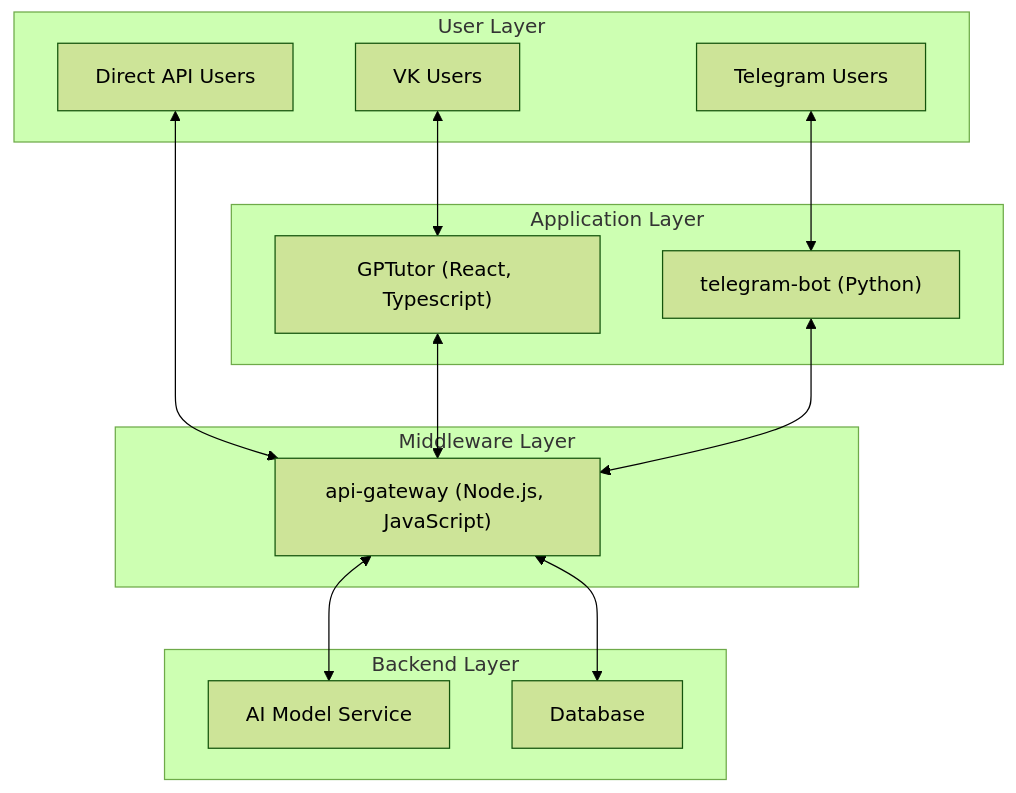
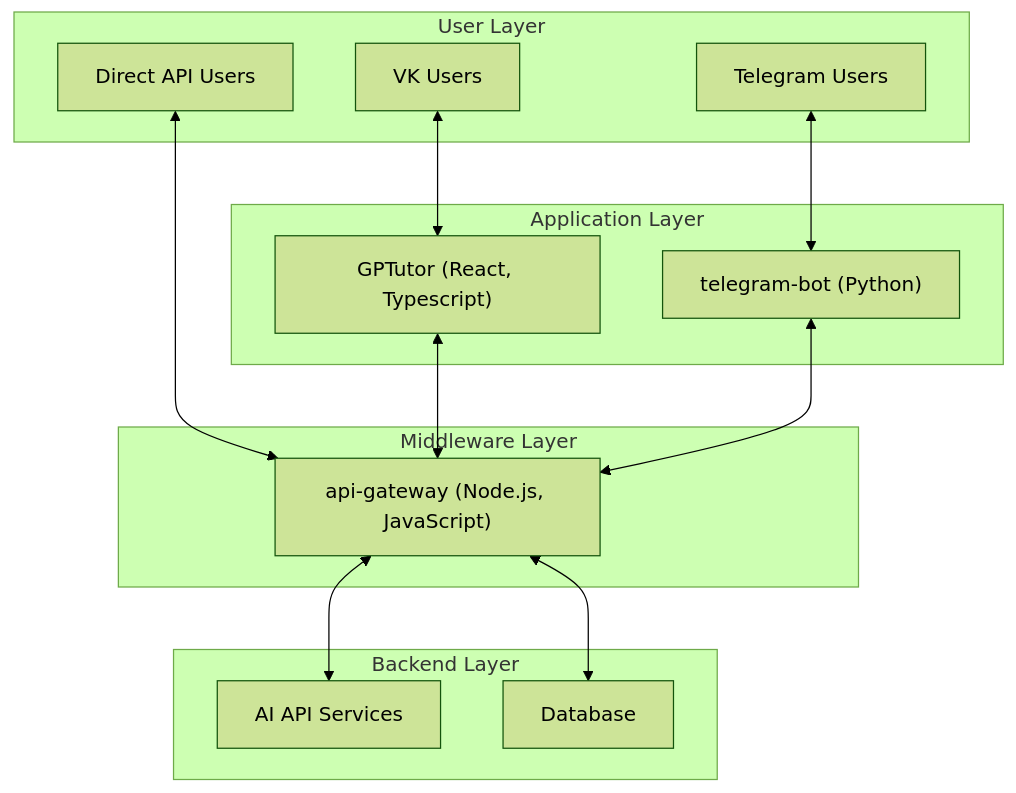
One commit to deep-assistant/.github changed the diagram in profile/README.md. Above: the diagram before and after it, drawn with Mermaid (forest theme).

````diff
--- a/profile/README.md
+++ b/profile/README.md
@@ -13,35 +13,35 @@
 ```mermaid
 graph TB
 
 subgraph UserLayer["User Layer"]
     user_vk["VK Users"]
     user_tele["Telegram Users"]
     direct_api_users["Direct API Users"]
 end
 
 subgraph ApplicationLayer["Application Layer"]
     app_gptutor["GPTutor (React, Typescript)"]
     app_telebot["telegram-bot (Python)"]
 end
 
 subgraph MiddlewareLayer["Middleware Layer"]
     middleware_apigw["api-gateway (Node.js, JavaScript)"]
 end
 
 subgraph backendLayer["Backend Layer"]
-    backend_ai["AI Model Service"]
+    backend_ai["AI API Services"]
     backend_db["Database"]
 end
 
 user_vk <--> app_gptutor
 user_tele <--> app_telebot
 direct_api_users <--> middleware_apigw
 app_gptutor <--> middleware_apigw
 app_telebot <--> middleware_apigw
 middleware_apigw <--> backend_ai
 middleware_apigw <--> backend_db
 
 click app_gptutor "https://github.com/deep-assistant/GPTutor"
 click app_telebot "https://github.com/deep-assistant/telegram-bot"
 click middleware_apigw "https://github.com/deep-assistant/api-gateway"
 ```
````
